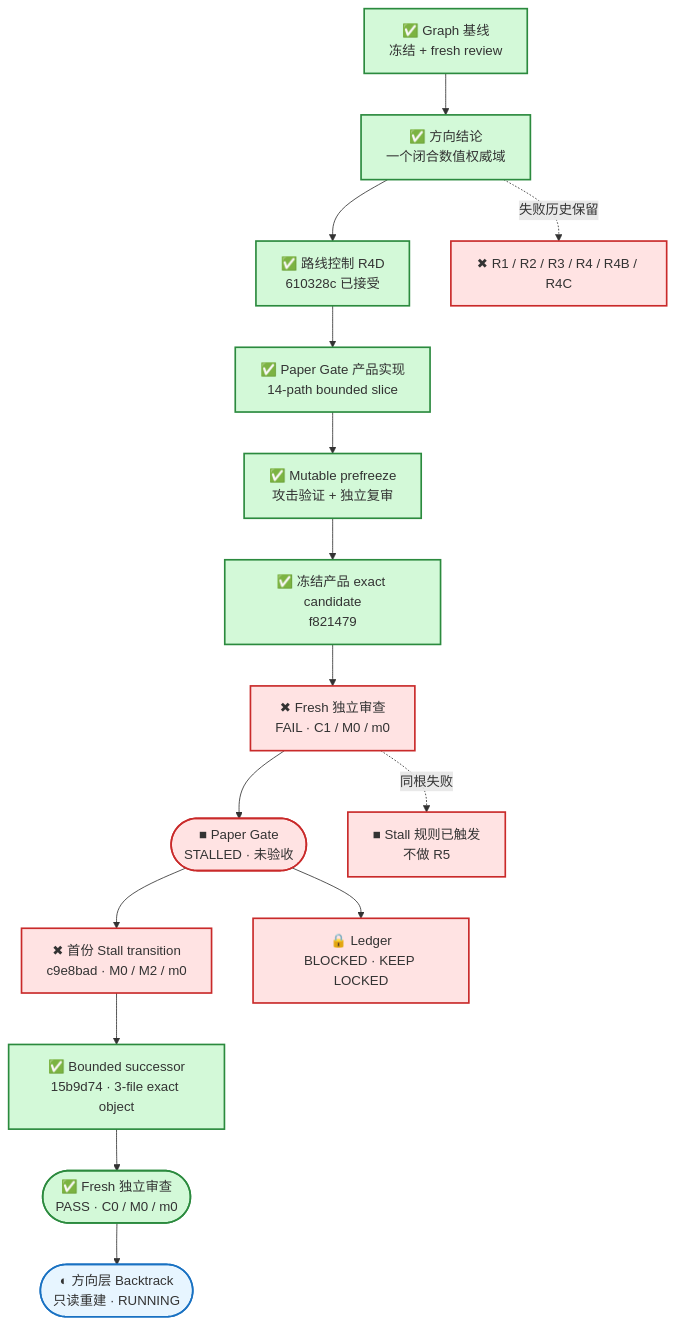
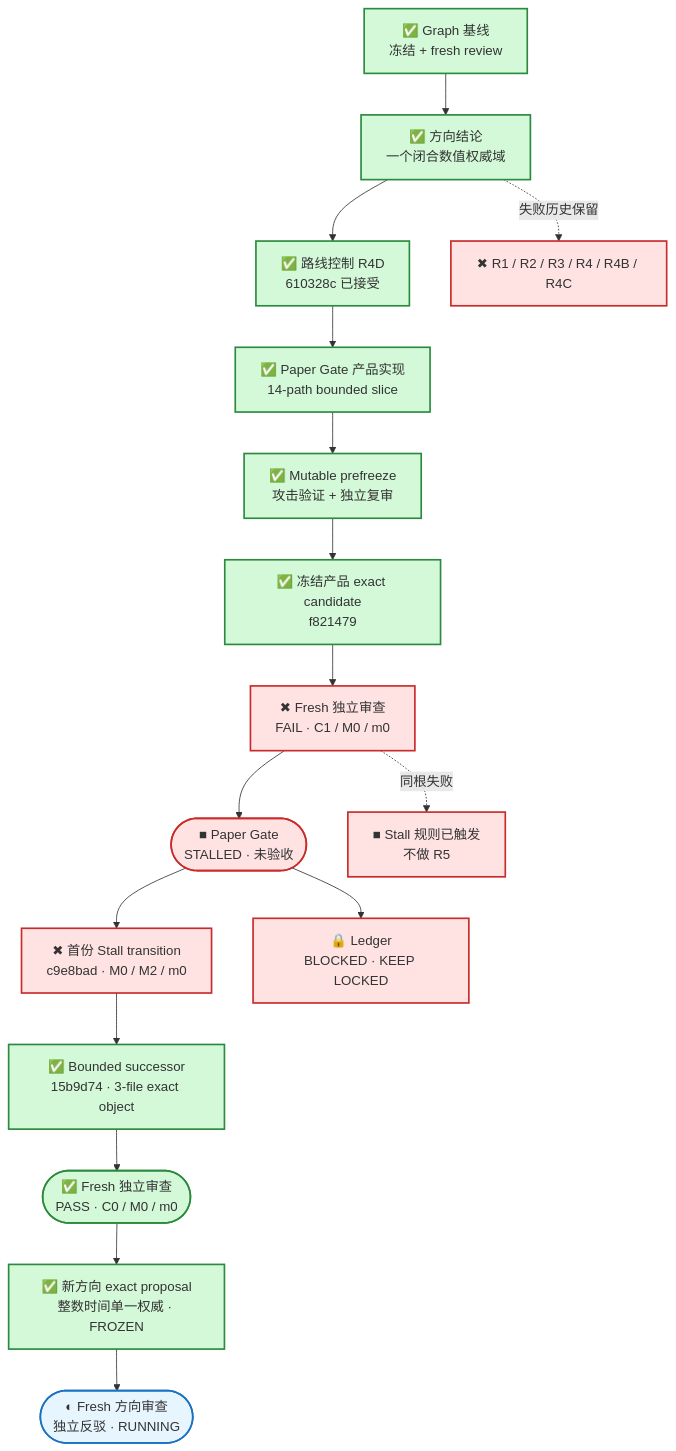
One commit to j-a-v-e-n/knowledge-vault changed the first of 2 diagrams in MyBrain/automation/reports/investment-discipline-system/CURRENT_PROGRESS.md. Above: the diagram before and after it, drawn with Mermaid. The commit also changed other lines of this file, not shown here.

````diff
--- a/MyBrain/automation/reports/investment-discipline-system/CURRENT_PROGRESS.md
+++ b/MyBrain/automation/reports/investment-discipline-system/CURRENT_PROGRESS.md
@@ -7,26 +7,27 @@
 ```mermaid
 flowchart TB
     G["✅ Graph 基线<br/>冻结 + fresh review"] --> D["✅ 方向结论<br/>一个闭合数值权威域"]
     D --> R["✅ 路线控制 R4D<br/>610328c 已接受"]
     R --> S["✅ Paper Gate 产品实现<br/>14-path bounded slice"]
     S --> P["✅ Mutable prefreeze<br/>攻击验证 + 独立复审"]
     P --> K["✅ 冻结产品 exact candidate<br/>f821479"]
     K --> W["✖ Fresh 独立审查<br/>FAIL · C1 / M0 / m0"]
     W --> A(["■ Paper Gate<br/>STALLED · 未验收"])
     A --> C9["✖ 首份 Stall transition<br/>c9e8bad · M0 / M2 / m0"]
     C9 --> N["✅ Bounded successor<br/>15b9d74 · 3-file exact object"]
     N --> Q(["✅ Fresh 独立审查<br/>PASS · C0 / M0 / m0"])
-    Q --> DR(["◐ 方向层 Backtrack<br/>只读重建 · RUNNING"])
+    Q --> DP["✅ 新方向 exact proposal<br/>整数时间单一权威 · FROZEN"]
+    DP --> DR(["◐ Fresh 方向审查<br/>独立反驳 · RUNNING"])
     A --> L["🔒 Ledger<br/>BLOCKED · KEEP LOCKED"]
 
     D -. "失败历史保留" .-> F["✖ R1 / R2 / R3 / R4 / R4B / R4C"]
     W -. "同根失败" .-> H["■ Stall 规则已触发<br/>不做 R5"]
 
     classDef done fill:#d3f9d8,stroke:#2b8a3e,stroke-width:2px;
     classDef failed fill:#ffe3e3,stroke:#c92a2a,stroke-width:2px;
     classDef running fill:#e7f5ff,stroke:#1971c2,stroke-width:2px;
     class G,D,R,S,P,K done;
-    class N,Q done;
+    class N,Q,DP done;
     class W,A,C9,F,H,L failed;
     class DR running;
 ```
````
